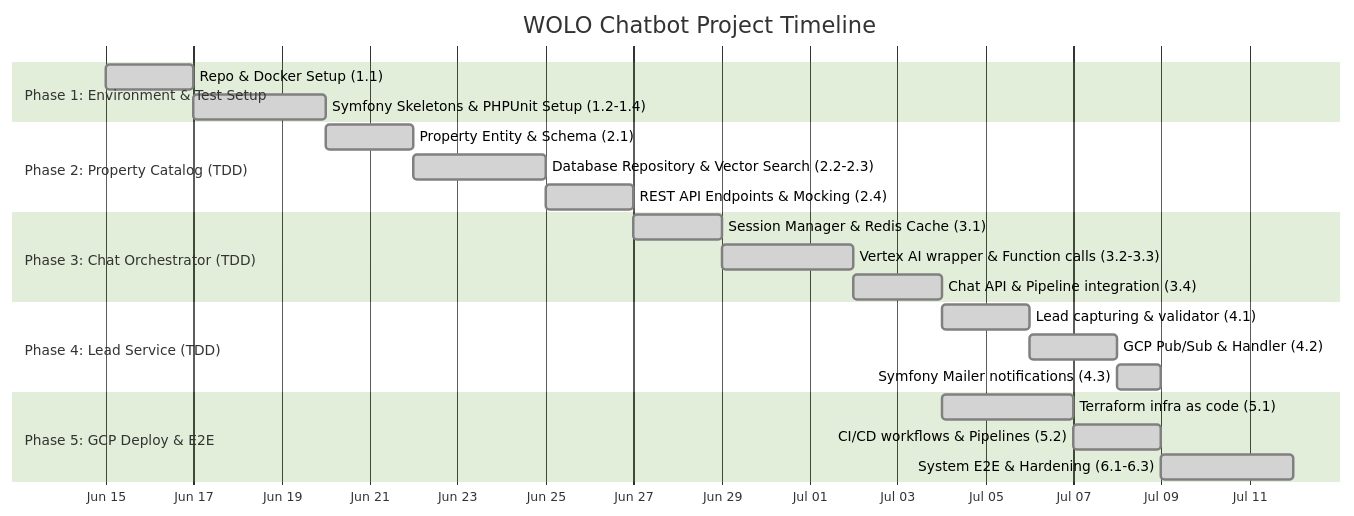
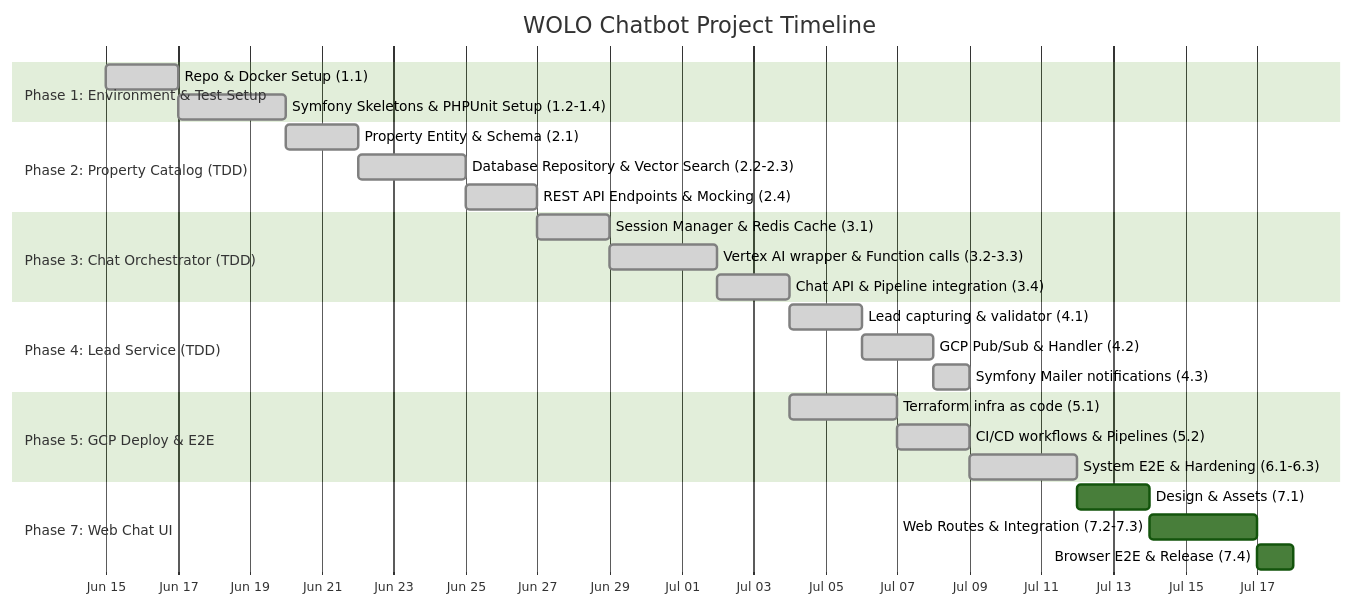
One commit to sergioitremotejobs2025-sketch/WOLO_TEST changed the diagram in timeline.md. Above: the diagram before and after it, drawn with Mermaid (forest theme). The commit also changed other lines of this file and 2 other files, not shown here.

Commit message:
Update project roadmap, checklist, and timeline with Phase 7: Visual Chat Interface (Web UI)

````diff
--- a/timeline.md
+++ b/timeline.md
@@ -11,32 +11,36 @@
 ```mermaid
 gantt
     title WOLO Chatbot Project Timeline
     dateFormat  YYYY-MM-DD
     axisFormat  %b %d
     todayMarker stroke-width:2px,stroke:#ff5555,opacity:0.5
 
     section Phase 1: Environment & Test Setup
     Repo & Docker Setup (1.1)             :done, p1_1, 2026-06-15, 2d
     Symfony Skeletons & PHPUnit Setup (1.2-1.4) :done, p1_2, after p1_1, 3d
 
     section Phase 2: Property Catalog (TDD)
     Property Entity & Schema (2.1)        :done, p2_1, after p1_2, 2d
     Database Repository & Vector Search (2.2-2.3) :done, p2_2, after p2_1, 3d
     REST API Endpoints & Mocking (2.4)     :done, p2_3, after p2_2, 2d
 
     section Phase 3: Chat Orchestrator (TDD)
     Session Manager & Redis Cache (3.1)   :done, p3_1, after p2_3, 2d
     Vertex AI wrapper & Function calls (3.2-3.3) :done, p3_2, after p3_1, 3d
     Chat API & Pipeline integration (3.4) :done, p3_3, after p3_2, 2d
 
     section Phase 4: Lead Service (TDD)
     Lead capturing & validator (4.1)      :done, p4_1, after p3_3, 2d
     GCP Pub/Sub & Handler (4.2)           :done, p4_2, after p4_1, 2d
     Symfony Mailer notifications (4.3)    :done, p4_3, after p4_2, 1d
 
     section Phase 5: GCP Deploy & E2E
-    section Phase 5: GCP Deploy & E2E
     Terraform infra as code (5.1)          :done, p5_1, after p3_3, 3d
     CI/CD workflows & Pipelines (5.2)     :done, p5_2, after p5_1, 2d
     System E2E & Hardening (6.1-6.3)      :done, p5_3, after p4_3, 3d
+
+    section Phase 7: Web Chat UI
+    Design & Assets (7.1)                 : p7_1, after p5_3, 2d
+    Web Routes & Integration (7.2-7.3)    : p7_2, after p7_1, 3d
+    Browser E2E & Release (7.4)           : p7_3, after p7_2, 1d
 ```
````
